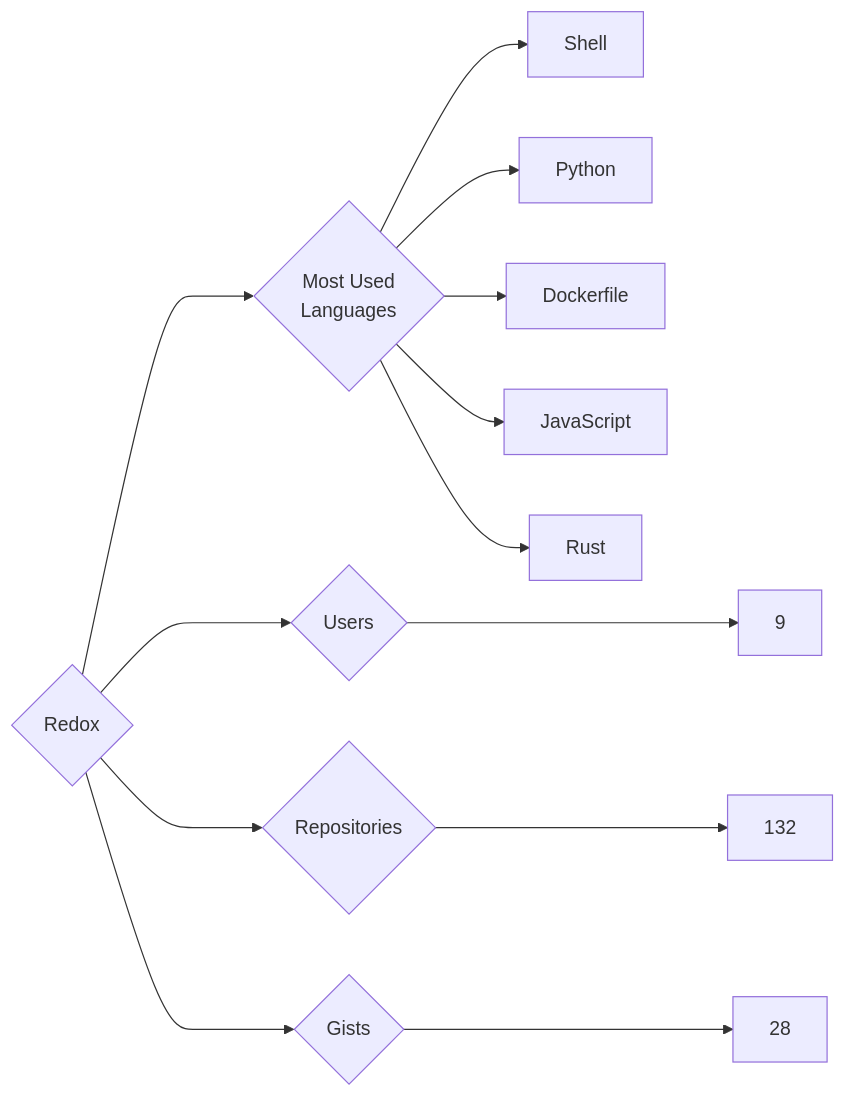
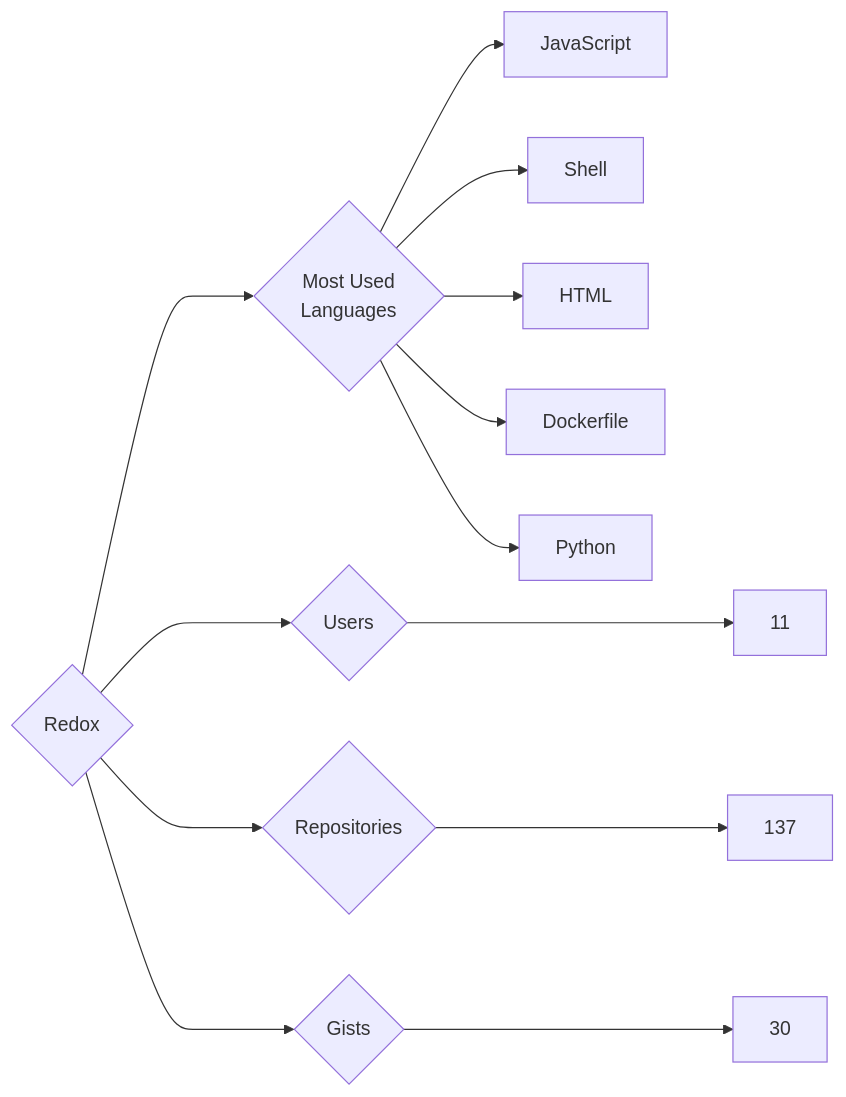
Before and after one commit to trickest/insiders: the diagram in targets/Redox/README.md, drawn with Mermaid. The commit also changed 796 other files, not shown here.

````diff
--- a/targets/Redox/README.md
+++ b/targets/Redox/README.md
@@ -3,13 +3,13 @@
 ```mermaid
 graph LR
 COMPANY_NAME{Redox}
-COMPANY_NAME ---> U{Users} ---> UN[9]
-COMPANY_NAME ---> R{Repositories} ---> RN[132]
-COMPANY_NAME ---> G{Gists} ---> GN[28]
+COMPANY_NAME ---> U{Users} ---> UN[11]
+COMPANY_NAME ---> R{Repositories} ---> RN[137]
+COMPANY_NAME ---> G{Gists} ---> GN[30]
 COMPANY_NAME ---> ML{Most Used<br>Languages}
+ML --> JavaScript[JavaScript]
 ML --> Shell[Shell]
+ML --> HTML[HTML]
+ML --> Dockerfile[Dockerfile]
 ML --> Python[Python]
-ML --> Dockerfile[Dockerfile]
-ML --> JavaScript[JavaScript]
-ML --> Rust[Rust]
 ```
````
